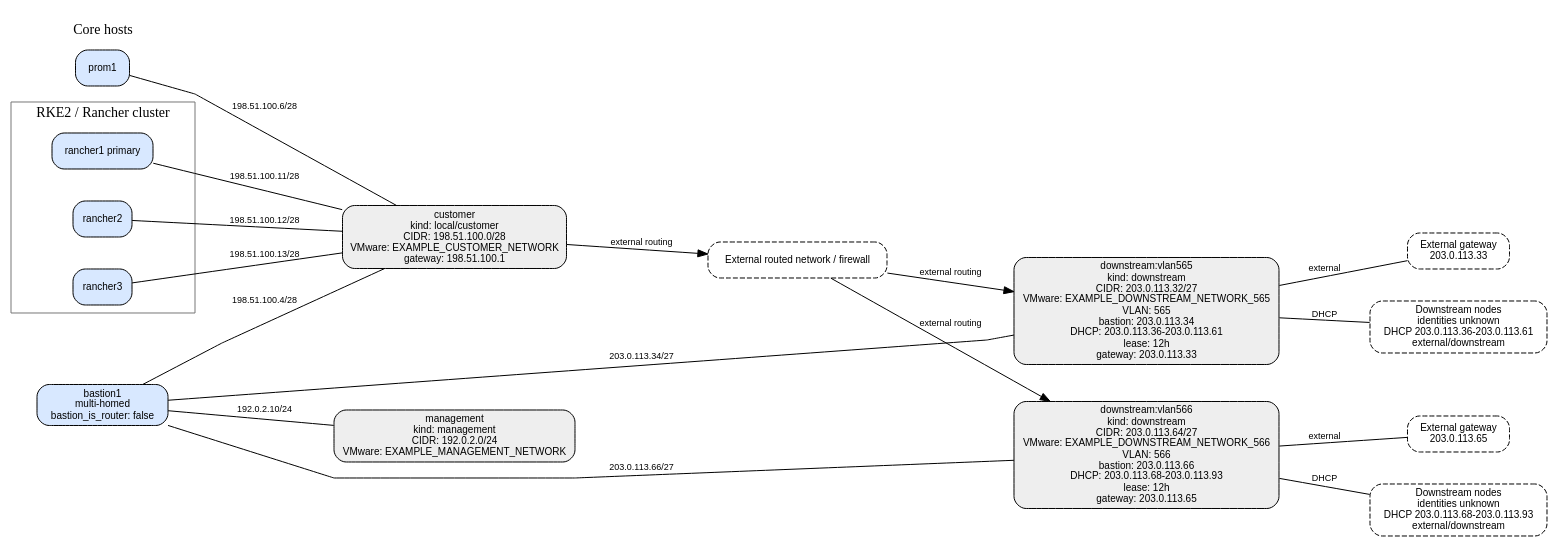
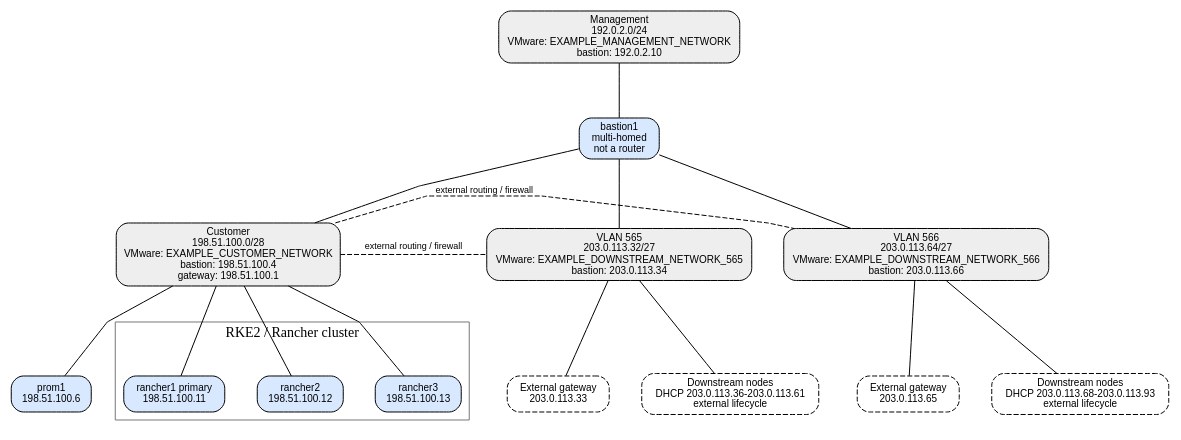
The diagram in examples/full/network-topology.dot (davidhrbac/rinstall), drawn with Graphviz before and after one commit. The commit also changed 3 other files, not shown here.

```diff
--- a/examples/full/network-topology.dot
+++ b/examples/full/network-topology.dot
@@ -1,51 +1,45 @@
 digraph network_topology {
-  rankdir=LR
+  rankdir=TB
   graph [compound=true, nodesep=0.45, ranksep=0.75, splines=polyline]
   node [shape=box, style="rounded", fontname="Helvetica", fontsize=10]
   edge [fontname="Helvetica", fontsize=9]
-  host_bastion1_fd65cf69ce [label="bastion1\nmulti-homed\nbastion_is_router: false", style="rounded,filled", fillcolor="#d8e8ff"]
-  subgraph cluster_core_hosts {
-    label="Core hosts"
-    color="transparent"
-    host_prom1_abf2e7bd7a [label="prom1", style="rounded,filled", fillcolor="#d8e8ff"]
-  }
+  host_bastion1_fd65cf69ce [label="bastion1\nmulti-homed\nnot a router", style="rounded,filled", fillcolor="#d8e8ff"]
+  host_prom1_abf2e7bd7a [label="prom1\n198.51.100.6", style="rounded,filled", fillcolor="#d8e8ff"]
   subgraph cluster_cluster_rke2_rancher_de77c71a50 {
     label="RKE2 / Rancher cluster"
     color="#777777"
-    host_rancher1_d47e6b0e07 [label="rancher1 primary", style="rounded,filled", fillcolor="#d8e8ff"]
-    host_rancher2_bcc55a020f [label="rancher2", style="rounded,filled", fillcolor="#d8e8ff"]
-    host_rancher3_bbbf0c319b [label="rancher3", style="rounded,filled", fillcolor="#d8e8ff"]
+    host_rancher1_d47e6b0e07 [label="rancher1 primary\n198.51.100.11", style="rounded,filled", fillcolor="#d8e8ff"]
+    host_rancher2_bcc55a020f [label="rancher2\n198.51.100.12", style="rounded,filled", fillcolor="#d8e8ff"]
+    host_rancher3_bbbf0c319b [label="rancher3\n198.51.100.13", style="rounded,filled", fillcolor="#d8e8ff"]
   }
-  network_customer_b6c4586387 [label="customer\nkind: local/customer\nCIDR: 198.51.100.0/28\nVMware: EXAMPLE_CUSTOMER_NETWORK\ngateway: 198.51.100.1", style="rounded,filled", fillcolor="#eeeeee"]
-  network_management_288965a1f2 [label="management\nkind: management\nCIDR: 192.0.2.0/24\nVMware: EXAMPLE_MANAGEMENT_NETWORK", style="rounded,filled", fillcolor="#eeeeee"]
-  network_downstream_vlan565_8ed6786137 [label="downstream:vlan565\nkind: downstream\nCIDR: 203.0.113.32/27\nVMware: EXAMPLE_DOWNSTREAM_NETWORK_565\nVLAN: 565\nbastion: 203.0.113.34\nDHCP: 203.0.113.36-203.0.113.61\nlease: 12h\ngateway: 203.0.113.33", style="rounded,filled", fillcolor="#eeeeee"]
-  network_downstream_vlan566_d2bd8ff235 [label="downstream:vlan566\nkind: downstream\nCIDR: 203.0.113.64/27\nVMware: EXAMPLE_DOWNSTREAM_NETWORK_566\nVLAN: 566\nbastion: 203.0.113.66\nDHCP: 203.0.113.68-203.0.113.93\nlease: 12h\ngateway: 203.0.113.65", style="rounded,filled", fillcolor="#eeeeee"]
+  network_customer_b6c4586387 [label="Customer\n198.51.100.0/28\nVMware: EXAMPLE_CUSTOMER_NETWORK\nbastion: 198.51.100.4\ngateway: 198.51.100.1", style="rounded,filled", fillcolor="#eeeeee"]
+  network_management_288965a1f2 [label="Management\n192.0.2.0/24\nVMware: EXAMPLE_MANAGEMENT_NETWORK\nbastion: 192.0.2.10", style="rounded,filled", fillcolor="#eeeeee"]
   subgraph downstream_downstream_vlan565_8ed6786137 {
-    label="VLAN 565 downstream"
+    label=""
     color="#777777"
+    network_downstream_vlan565_8ed6786137 [label="VLAN 565\n203.0.113.32/27\nVMware: EXAMPLE_DOWNSTREAM_NETWORK_565\nbastion: 203.0.113.34", style="rounded,filled", fillcolor="#eeeeee"]
     external_endpoint_gateway_vlan565_97aa5a5c3b [label="External gateway\n203.0.113.33", style="rounded,dashed", fillcolor="#f3f3f3"]
-    consumer_consumer_downstream_vlan565_dfc74929d4 [label="Downstream nodes\nidentities unknown\nDHCP 203.0.113.36-203.0.113.61\nexternal/downstream", style="rounded,dashed", fillcolor="#f3f3f3"]
+    consumer_consumer_downstream_vlan565_dfc74929d4 [label="Downstream nodes\nDHCP 203.0.113.36-203.0.113.61\nexternal lifecycle", style="rounded,dashed", fillcolor="#f3f3f3"]
   }
-  network_downstream_vlan565_8ed6786137 -> external_endpoint_gateway_vlan565_97aa5a5c3b [dir=none, label="external"]
-  network_downstream_vlan565_8ed6786137 -> consumer_consumer_downstream_vlan565_dfc74929d4 [dir=none, label="DHCP"]
+  network_downstream_vlan565_8ed6786137 -> external_endpoint_gateway_vlan565_97aa5a5c3b [dir=none]
+  network_downstream_vlan565_8ed6786137 -> consumer_consumer_downstream_vlan565_dfc74929d4 [dir=none]
   subgraph downstream_downstream_vlan566_d2bd8ff235 {
-    label="VLAN 566 downstream"
+    label=""
     color="#777777"
+    network_downstream_vlan566_d2bd8ff235 [label="VLAN 566\n203.0.113.64/27\nVMware: EXAMPLE_DOWNSTREAM_NETWORK_566\nbastion: 203.0.113.66", style="rounded,filled", fillcolor="#eeeeee"]
     external_endpoint_gateway_vlan566_8cbaf7cad8 [label="External gateway\n203.0.113.65", style="rounded,dashed", fillcolor="#f3f3f3"]
-    consumer_consumer_downstream_vlan566_30b7d29b35 [label="Downstream nodes\nidentities unknown\nDHCP 203.0.113.68-203.0.113.93\nexternal/downstream", style="rounded,dashed", fillcolor="#f3f3f3"]
+    consumer_consumer_downstream_vlan566_30b7d29b35 [label="Downstream nodes\nDHCP 203.0.113.68-203.0.113.93\nexternal lifecycle", style="rounded,dashed", fillcolor="#f3f3f3"]
   }
-  network_downstream_vlan566_d2bd8ff235 -> external_endpoint_gateway_vlan566_8cbaf7cad8 [dir=none, label="external"]
-  network_downstream_vlan566_d2bd8ff235 -> consumer_consumer_downstream_vlan566_30b7d29b35 [dir=none, label="DHCP"]
-  external_external_routed_network_firewall_b2b32914cf [label="External routed network / firewall", style="rounded,dashed", fillcolor="#f3f3f3"]
-  network_customer_b6c4586387 -> external_external_routed_network_firewall_b2b32914cf [label="external routing"]
-  external_external_routed_network_firewall_b2b32914cf -> network_downstream_vlan565_8ed6786137 [label="external routing"]
-  external_external_routed_network_firewall_b2b32914cf -> network_downstream_vlan566_d2bd8ff235 [label="external routing"]
-  host_bastion1_fd65cf69ce -> network_customer_b6c4586387 [dir=none, label="198.51.100.4/28"]
-  host_bastion1_fd65cf69ce -> network_management_288965a1f2 [dir=none, label="192.0.2.10/24"]
-  host_prom1_abf2e7bd7a -> network_customer_b6c4586387 [dir=none, label="198.51.100.6/28"]
-  host_rancher1_d47e6b0e07 -> network_customer_b6c4586387 [dir=none, label="198.51.100.11/28"]
-  host_rancher2_bcc55a020f -> network_customer_b6c4586387 [dir=none, label="198.51.100.12/28"]
-  host_rancher3_bbbf0c319b -> network_customer_b6c4586387 [dir=none, label="198.51.100.13/28"]
-  host_bastion1_fd65cf69ce -> network_downstream_vlan565_8ed6786137 [dir=none, label="203.0.113.34/27"]
-  host_bastion1_fd65cf69ce -> network_downstream_vlan566_d2bd8ff235 [dir=none, label="203.0.113.66/27"]
+  network_downstream_vlan566_d2bd8ff235 -> external_endpoint_gateway_vlan566_8cbaf7cad8 [dir=none]
+  network_downstream_vlan566_d2bd8ff235 -> consumer_consumer_downstream_vlan566_30b7d29b35 [dir=none]
+  network_customer_b6c4586387 -> network_downstream_vlan565_8ed6786137 [dir=none, style=dashed, constraint=false, label="external routing / firewall"]
+  network_customer_b6c4586387 -> network_downstream_vlan566_d2bd8ff235 [dir=none, style=dashed, constraint=false, label="external routing / firewall"]
+  host_bastion1_fd65cf69ce -> network_customer_b6c4586387 [dir=none]
+  network_management_288965a1f2 -> host_bastion1_fd65cf69ce [dir=none]
+  network_customer_b6c4586387 -> host_prom1_abf2e7bd7a [dir=none]
+  network_customer_b6c4586387 -> host_rancher1_d47e6b0e07 [dir=none]
+  network_customer_b6c4586387 -> host_rancher2_bcc55a020f [dir=none]
+  network_customer_b6c4586387 -> host_rancher3_bbbf0c319b [dir=none]
+  host_bastion1_fd65cf69ce -> network_downstream_vlan565_8ed6786137 [dir=none]
+  host_bastion1_fd65cf69ce -> network_downstream_vlan566_d2bd8ff235 [dir=none]
 }
```
